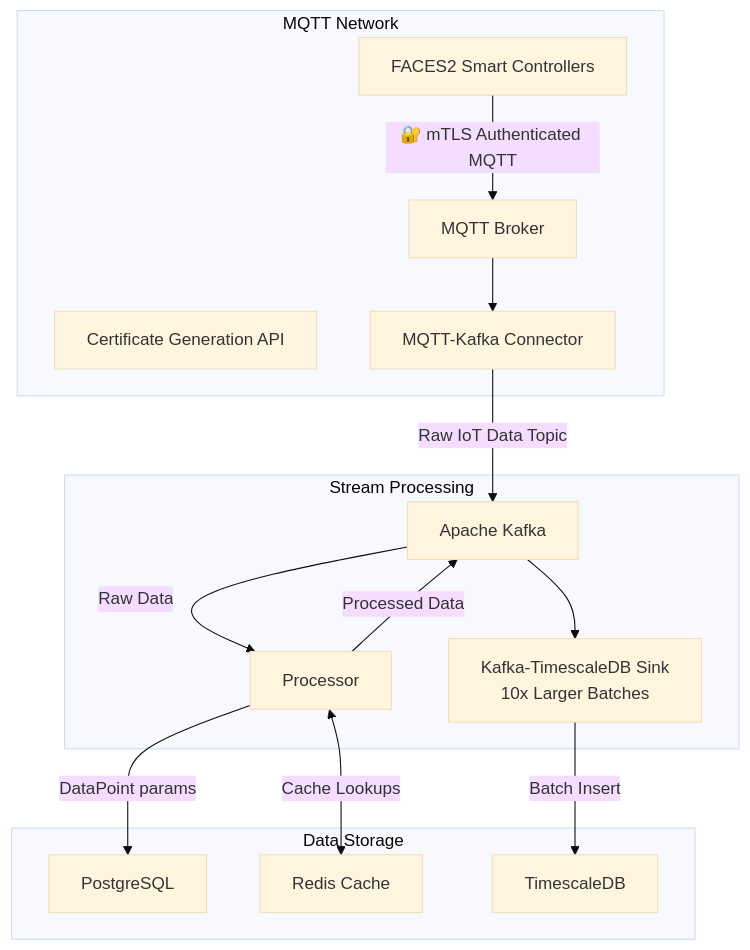
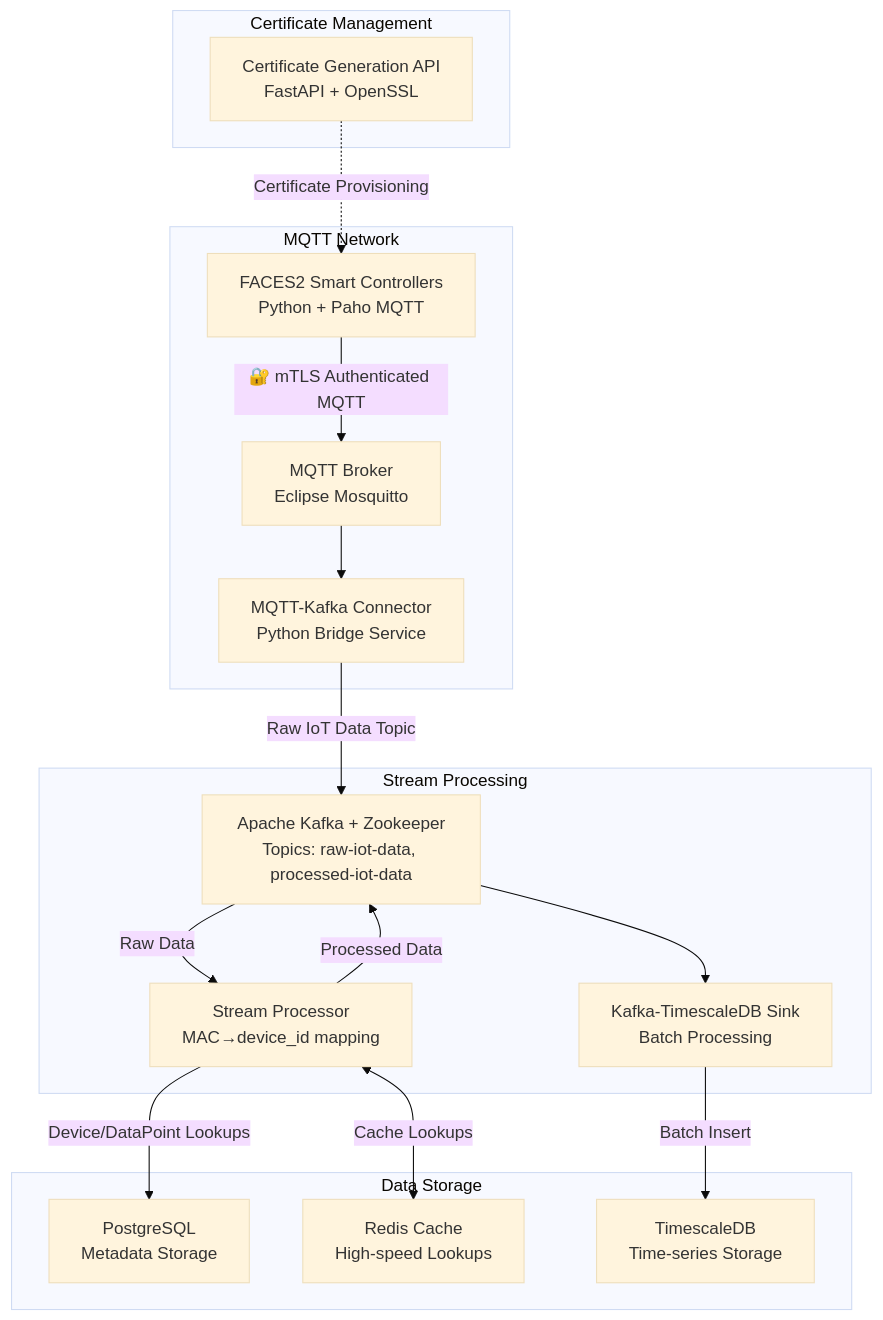
The diagram in README.md (amoyavt/POC_MQTT), drawn with Mermaid (base theme) before and after one commit. The commit also changed other lines of this file and 18 other files, not shown here.

Commit message:
Implement Kafka-TimescaleDB Sink, MQTT-Kafka Connector, and Stream Processor services

````diff
--- a/README.md
+++ b/README.md
@@ -29,31 +89,35 @@
 ```mermaid
 graph TB
+    subgraph "Certificate Management"
+        CA_API[Certificate Generation API<br/>FastAPI + OpenSSL]
+    end
+    
     subgraph "MQTT Network"
-        CA_API[Certificate Generation API]
-        FACES2[FACES2 Smart Controllers]
-        MQTT_BROKER[MQTT Broker]
-        KAFKA_CONNECTOR[MQTT-Kafka Connector]
+        FACES2[FACES2 Smart Controllers<br/>Python + Paho MQTT]
+        MQTT_BROKER[MQTT Broker<br/>Eclipse Mosquitto]
+        KAFKA_CONNECTOR[MQTT-Kafka Connector<br/>Python Bridge Service]
     end
     
     subgraph "Stream Processing"
-        KAFKA[Apache Kafka]
-        PROCESSOR[Processor]
-        TIMESCALEDB_SINK[Kafka-TimescaleDB Sink<br/> 10x Larger Batches]
+        KAFKA[Apache Kafka + Zookeeper<br/>Topics: raw-iot-data, processed-iot-data]
+        PROCESSOR[Stream Processor<br/>MAC→device_id mapping]
+        TIMESCALEDB_SINK[Kafka-TimescaleDB Sink<br/>Batch Processing]
     end
     
     subgraph "Data Storage"
-        PostgreSQL[PostgreSQL]
-        REDIS[Redis Cache]
-        TIMESCALEDB[TimescaleDB]
+        PostgreSQL[PostgreSQL<br/>Metadata Storage]
+        REDIS[Redis Cache<br/>High-speed Lookups]
+        TIMESCALEDB[TimescaleDB<br/>Time-series Storage]
     end
 
+    CA_API -.->|Certificate Provisioning| FACES2
     FACES2 -->|🔐 mTLS Authenticated MQTT| MQTT_BROKER
     MQTT_BROKER --> KAFKA_CONNECTOR    
     KAFKA_CONNECTOR -->|Raw IoT Data Topic| KAFKA
     KAFKA --> |Raw Data|PROCESSOR
     PROCESSOR --> |Processed Data| KAFKA
-    PROCESSOR -->|DataPoint params| PostgreSQL
+    PROCESSOR -->|Device/DataPoint Lookups| PostgreSQL
     PROCESSOR <-->|Cache Lookups| REDIS
     KAFKA --> TIMESCALEDB_SINK --> |Batch Insert| TIMESCALEDB
     
 ```
````
